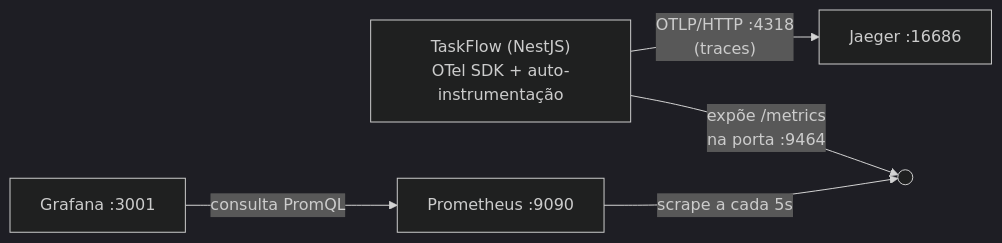
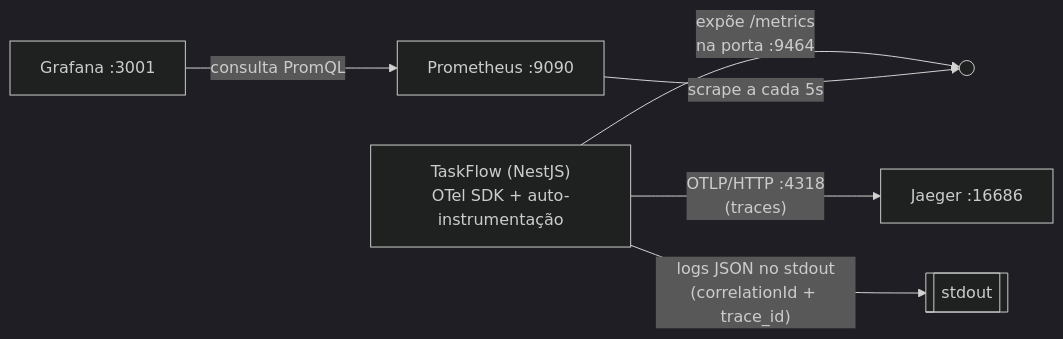
One commit to cassiocidrini/TaskFlow changed the diagram in docs/modules/01-observabilidade.md. Above: the diagram before and after it, drawn with Mermaid (dark theme). The commit also changed other lines of this file and 18 other files, not shown here.

First line of the commit message:
feat(observability): logs JSON com nestjs-pino e X-Correlation-Id (#14)

````diff
--- a/docs/modules/01-observabilidade.md
+++ b/docs/modules/01-observabilidade.md
@@ -29,8 +32,9 @@
 ```mermaid
 flowchart LR
     APP["TaskFlow (NestJS)<br/>OTel SDK + auto-instrumentação"]
     APP -->|"OTLP/HTTP :4318<br/>(traces)"| J[Jaeger :16686]
     APP -->|"expõe /metrics<br/>na porta :9464"| M(( ))
     P[Prometheus :9090] -->|"scrape a cada 5s"| M
     G[Grafana :3001] -->|consulta PromQL| P
+    APP -->|"logs JSON no stdout<br/>(correlationId + trace_id)"| L[[stdout]]
 ```
````
